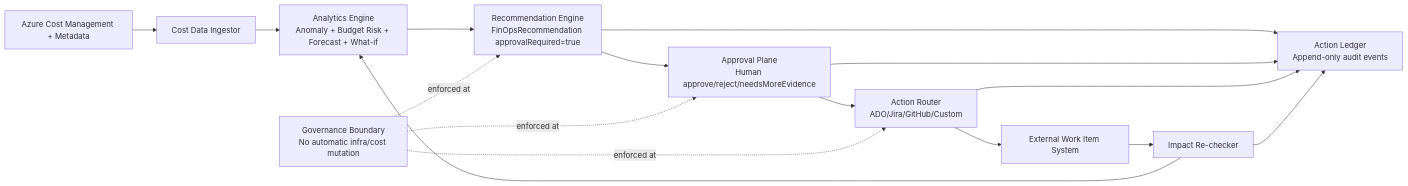
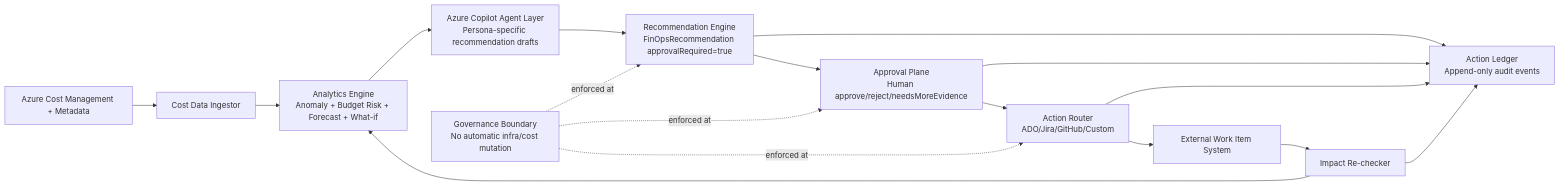
One commit to sethiramicrosoft/azure-copilot-finops-starter changed the diagram in specs/v1-architecture.md. Above: the diagram before and after it, drawn with Mermaid. The commit also changed other lines of this file and 8 other files, not shown here.

Commit message:
Add Azure Copilot agent orchestration and reference adapters

````diff
--- a/specs/v1-architecture.md
+++ b/specs/v1-architecture.md
@@ -55,22 +60,23 @@
 ```mermaid
 flowchart LR
     A[Azure Cost Management + Metadata] --> B[Cost Data Ingestor]
     B --> C[Analytics Engine\nAnomaly + Budget Risk + Forecast + What-if]
-    C --> D[Recommendation Engine\nFinOpsRecommendation approvalRequired=true]
+    C --> K[Azure Copilot Agent Layer\nPersona-specific recommendation drafts]
+    K --> D[Recommendation Engine\nFinOpsRecommendation approvalRequired=true]
 
     D --> E[Approval Plane\nHuman approve/reject/needsMoreEvidence]
     E --> F[Action Router\nADO/Jira/GitHub/Custom]
     F --> G[External Work Item System]
 
     D --> H[Action Ledger\nAppend-only audit events]
     E --> H
     F --> H
 
     G --> I[Impact Re-checker]
     I --> C
     I --> H
 
     J[Governance Boundary\nNo automatic infra/cost mutation] -.enforced at.-> D
     J -.enforced at.-> E
     J -.enforced at.-> F
 ```
````
